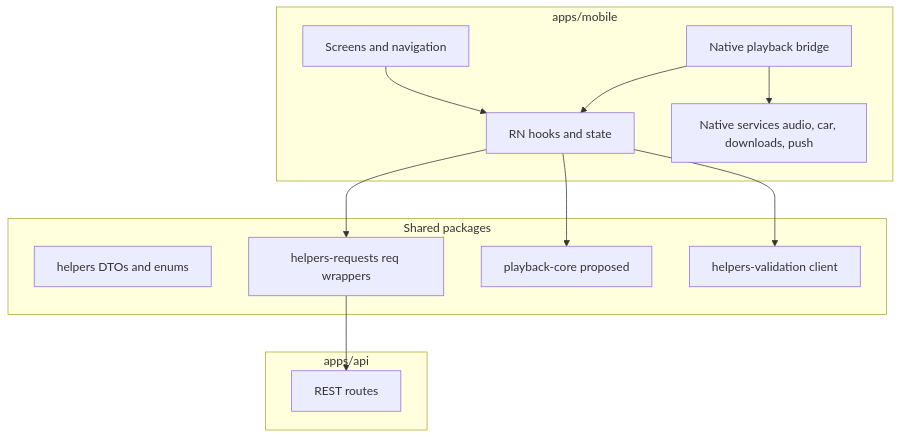
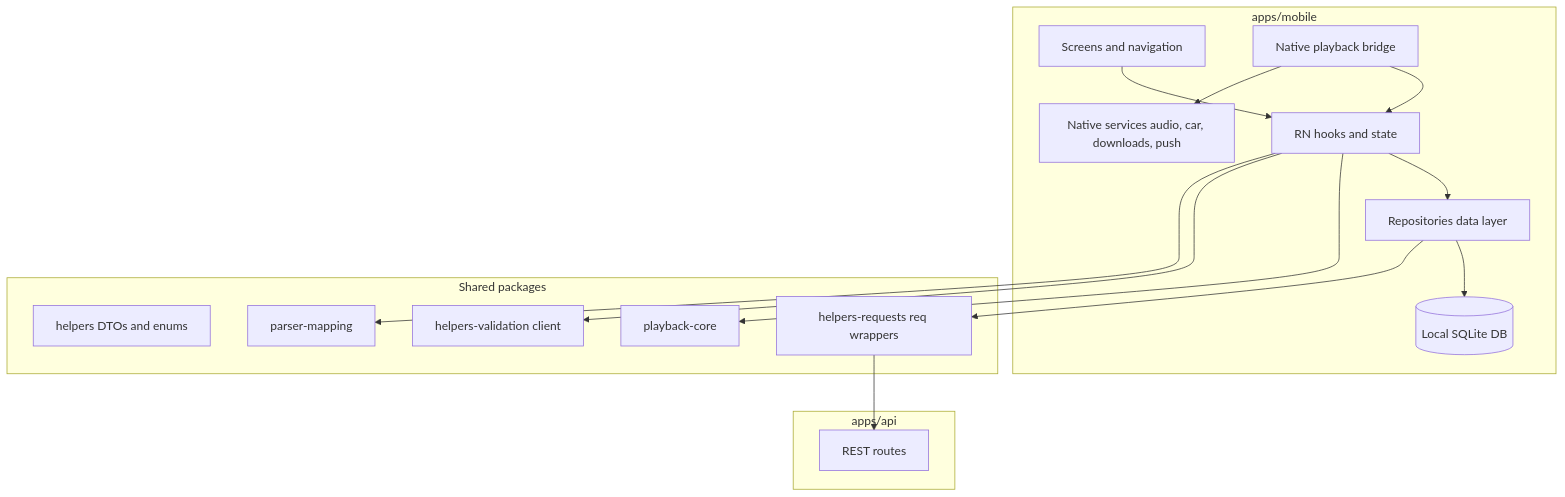
The first of 2 diagrams in docs/proposals/mobile/app-development-process/DOCS-MOBILE-PROCESS-OVERVIEW.md (podverse/podverse), drawn with Mermaid before and after one commit. The commit also changed other lines of this file and 20 other files, not shown here.

First line of the commit message:
Enhance mobile data layer and repository structure

````diff
--- a/docs/proposals/mobile/app-development-process/DOCS-MOBILE-PROCESS-OVERVIEW.md
+++ b/docs/proposals/mobile/app-development-process/DOCS-MOBILE-PROCESS-OVERVIEW.md
@@ -39,25 +49,31 @@
 ```mermaid
 flowchart TB
   subgraph mobile [apps/mobile]
     Screens[Screens and navigation]
+    Repos[Repositories data layer]
     Hooks[RN hooks and state]
     Bridge[Native playback bridge]
     Native[Native services audio, car, downloads, push]
+    LocalDB[(Local SQLite DB)]
   end
   subgraph shared [Shared packages]
     HC[helpers DTOs and enums]
     HR[helpers-requests req wrappers]
-    PC[playback-core proposed]
+    PC[playback-core]
     HV[helpers-validation client]
+    PM[parser-mapping]
   end
   subgraph backend [apps/api]
     API[REST routes]
   end
   Screens --> Hooks
-  Hooks --> HR
+  Hooks --> Repos
+  Repos --> LocalDB
+  Repos --> HR
   Hooks --> PC
   Hooks --> HV
+  Hooks --> PM
   HR --> API
   Bridge --> Hooks
   Bridge --> Native
 ```
````
